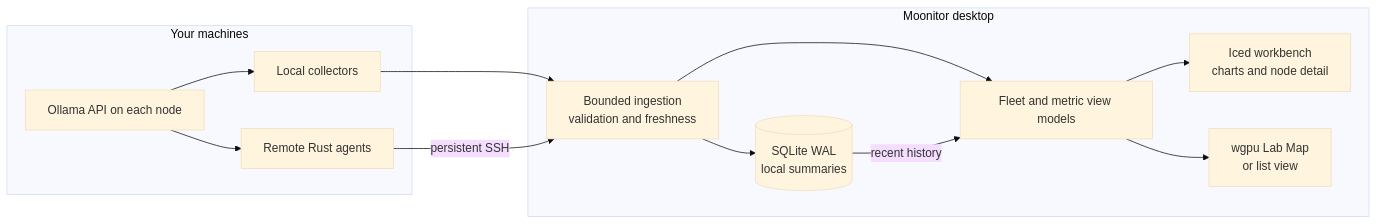
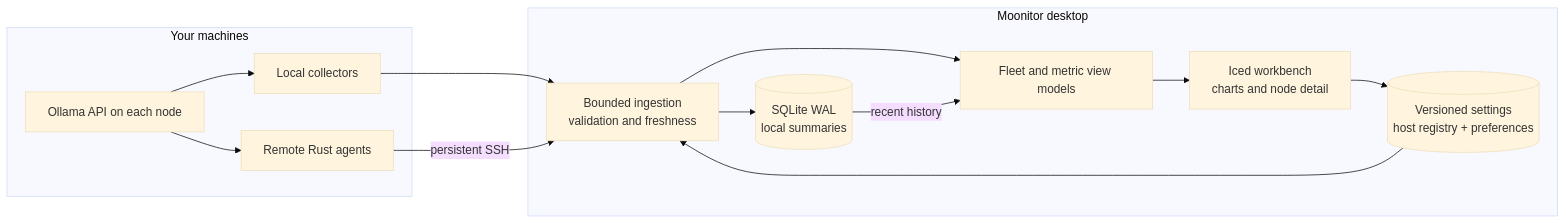
One commit to mothx9/moonitor changed the diagram in README.md. Above: the diagram before and after it, drawn with Mermaid (base theme). The commit also changed other lines of this file and 47 other files, not shown here.

````diff
--- a/README.md
+++ b/README.md
@@ -177,24 +168,25 @@
 ```mermaid
 flowchart LR
     subgraph Sources["Your machines"]
         Local["Local collectors"]
         Remote["Remote Rust agents"]
         Runtime["Ollama API on each node"]
         Runtime --> Local
         Runtime --> Remote
     end
     subgraph Desktop["Moonitor desktop"]
         Engine["Bounded ingestion<br/>validation and freshness"]
         Model["Fleet and metric view models"]
         Store[("SQLite WAL<br/>local summaries")]
         UI["Iced workbench<br/>charts and node detail"]
-        Map["wgpu Lab Map<br/>or list view"]
+        Registry[("Versioned settings<br/>host registry + preferences")]
         Engine --> Model
         Engine --> Store
         Store -->|recent history| Model
         Model --> UI
-        Model --> Map
+        Registry --> Engine
+        UI --> Registry
     end
     Local --> Engine
     Remote -->|persistent SSH| Engine
 ```
````
